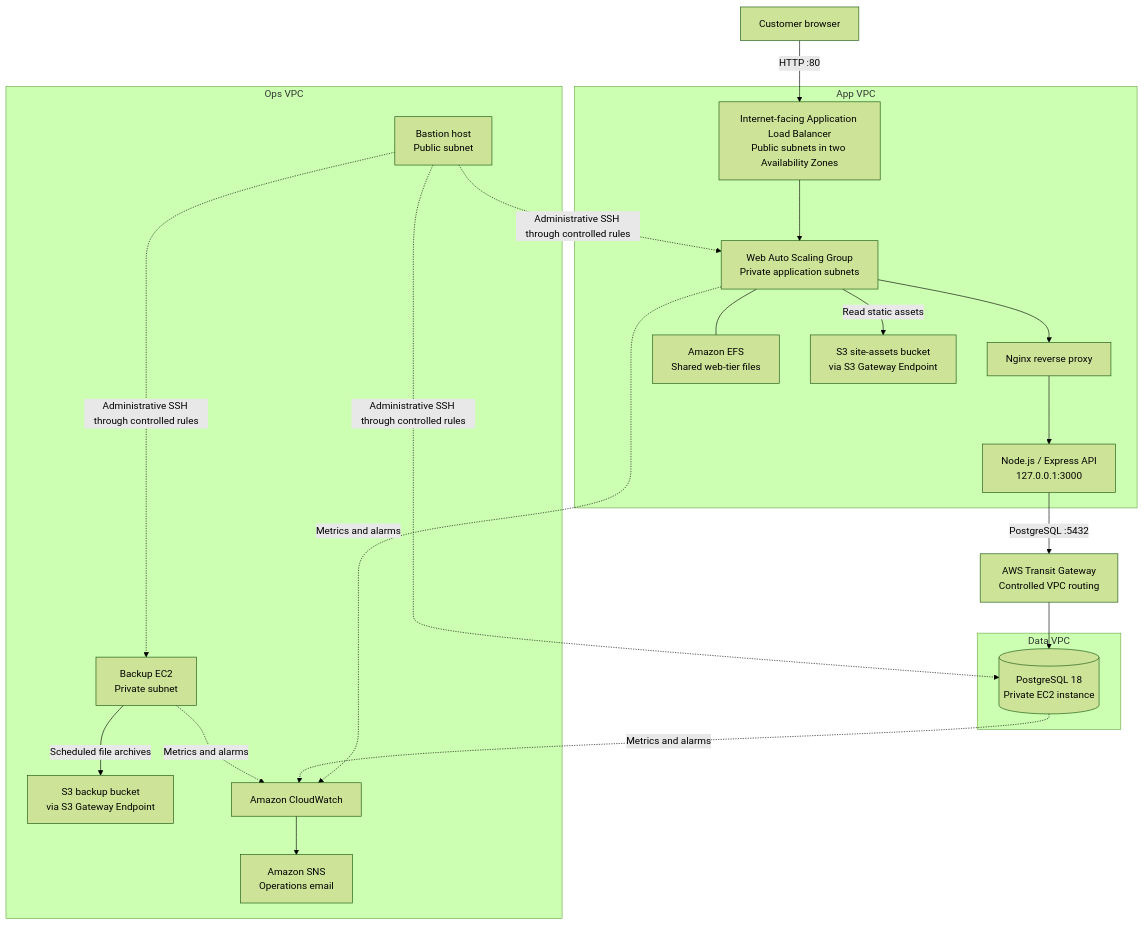
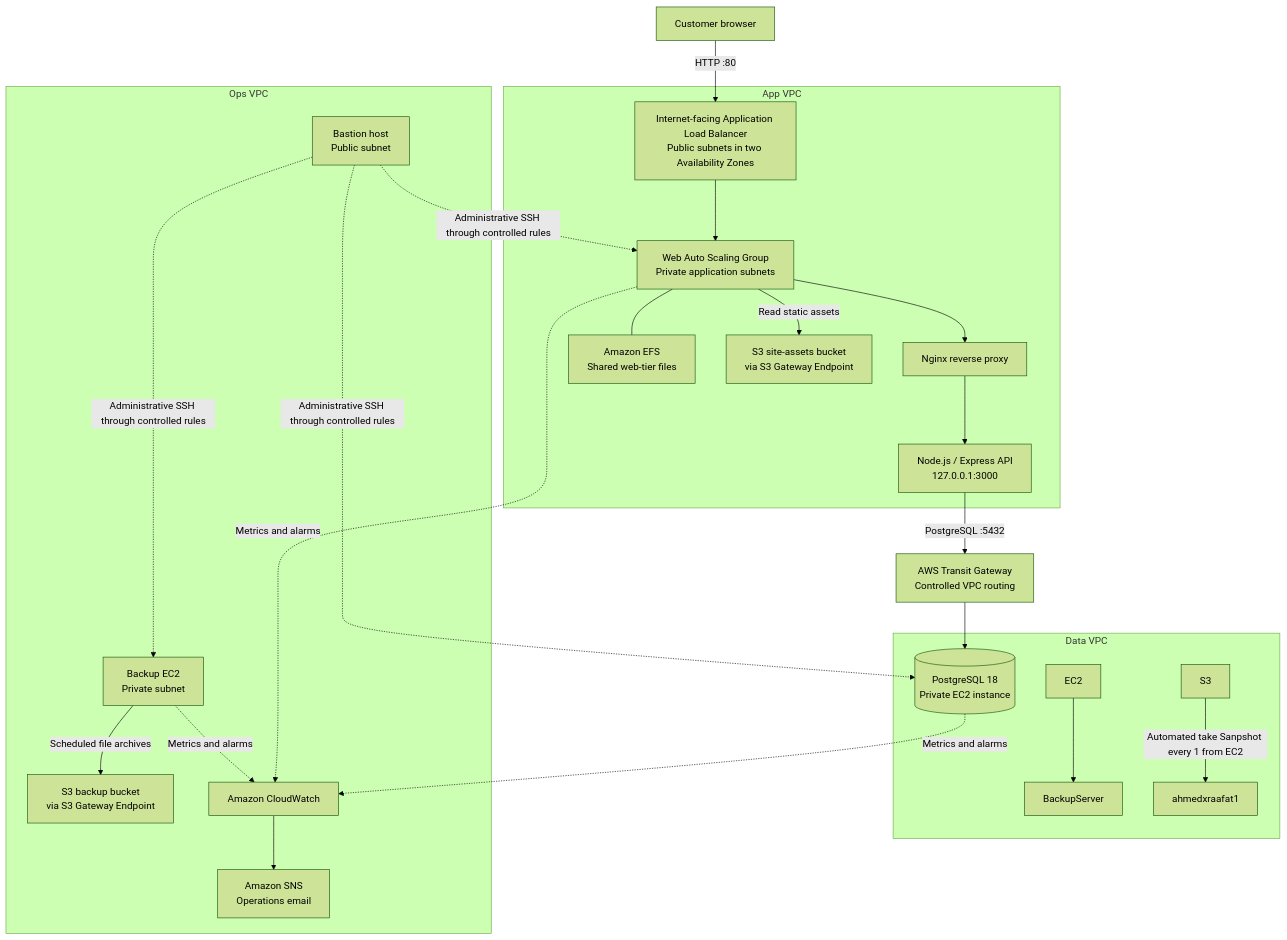
The diagram in README.md (ahmadraafat22/CloudNova), drawn with Mermaid (forest theme) before and after one commit.

Commit message:
Update README with backup server and snapshot details

````diff
--- a/README.md
+++ b/README.md
@@ -76,35 +76,37 @@
 ```mermaid
 flowchart TB
     U[Customer browser] -->|HTTP :80| ALB[Internet-facing Application Load Balancer\nPublic subnets in two Availability Zones]
 
     subgraph APP[App VPC]
         ALB --> ASG[Web Auto Scaling Group\nPrivate application subnets]
         ASG --> N[Nginx reverse proxy]
         N --> API[Node.js / Express API\n127.0.0.1:3000]
         ASG --- EFS[Amazon EFS\nShared web-tier files]
         ASG -->|Read static assets| S3SITE[S3 site-assets bucket\nvia S3 Gateway Endpoint]
     end
 
     subgraph DATA[Data VPC]
         DB[(PostgreSQL 18\nPrivate EC2 instance)]
+        EC2 --> BackupServer
+        S3 --> |Automated take Sanpshot every 1 from EC2|ahmedxraafat1
     end
 
     subgraph OPS[Ops VPC]
         B[Bastion host\nPublic subnet]
         BK[Backup EC2\nPrivate subnet]
         S3BACKUP[S3 backup bucket\nvia S3 Gateway Endpoint]
         CW[Amazon CloudWatch]
         SNS[Amazon SNS\nOperations email]
         BK -->|Scheduled file archives| S3BACKUP
         CW --> SNS
     end
 
     API -->|PostgreSQL :5432| TGW[AWS Transit Gateway\nControlled VPC routing]
     TGW --> DB
     B -. Administrative SSH through controlled rules .-> ASG
     B -. Administrative SSH through controlled rules .-> DB
     B -. Administrative SSH through controlled rules .-> BK
     ASG -. Metrics and alarms .-> CW
     DB -. Metrics and alarms .-> CW
     BK -. Metrics and alarms .-> CW
 ```
````
